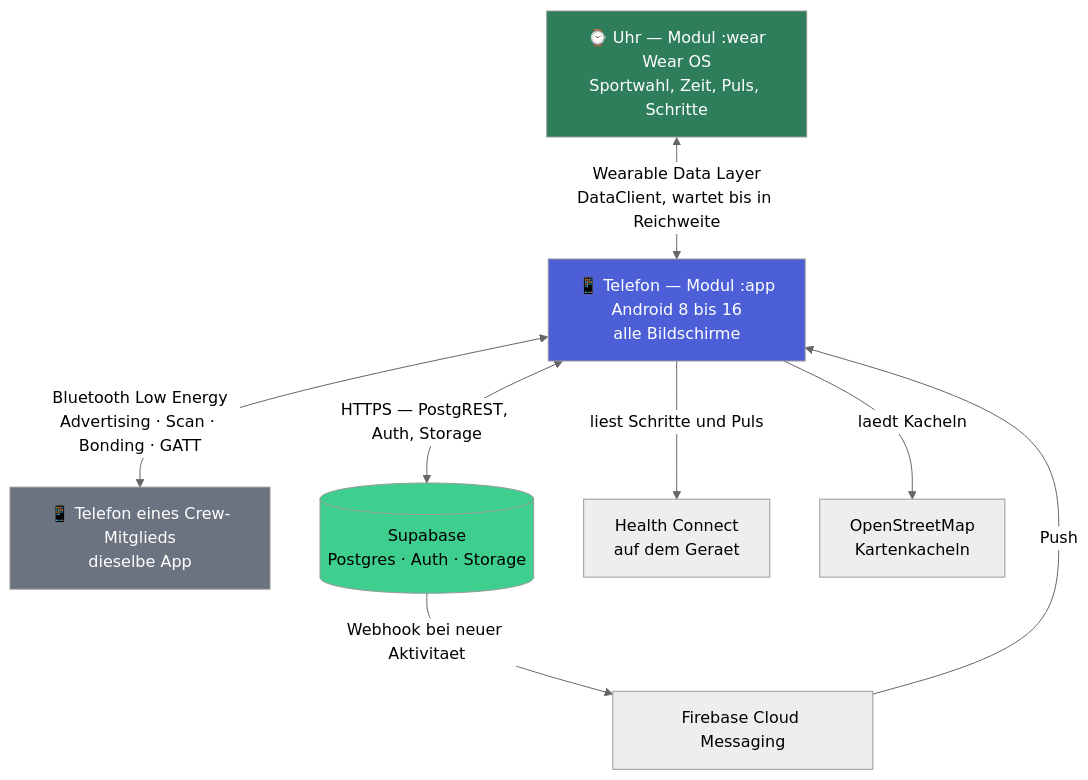
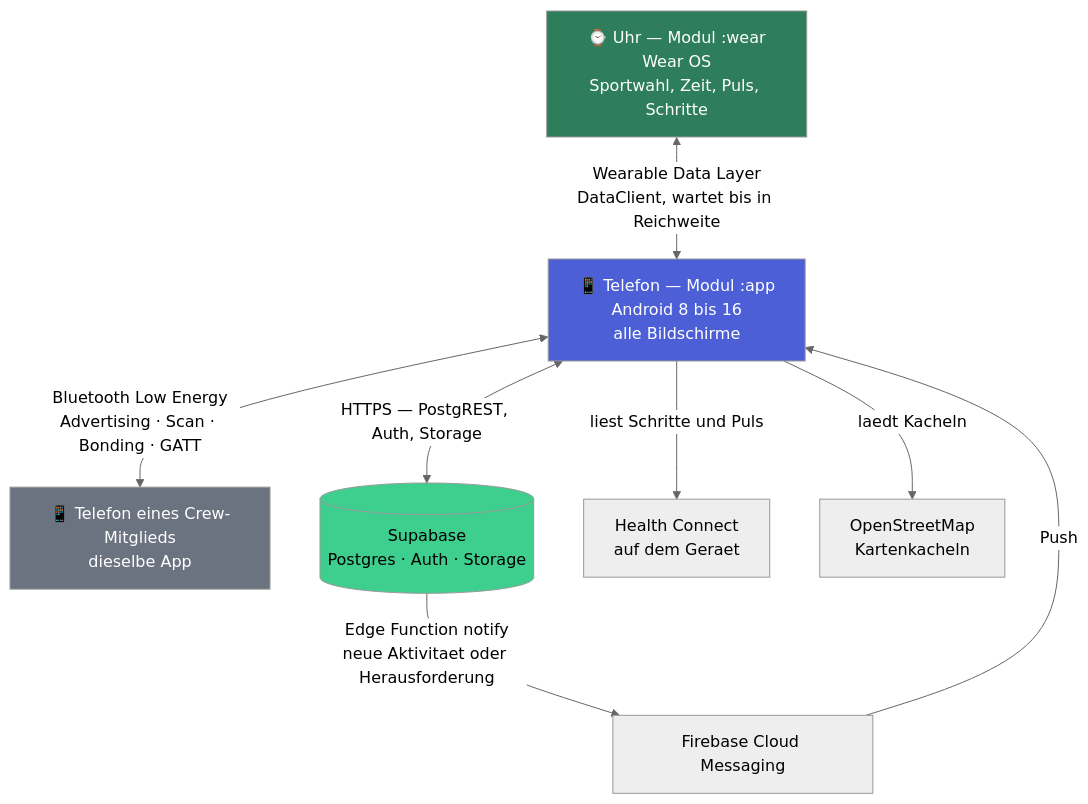
One commit to jr2k01/MobileSE changed the first of 4 diagrams in ARCHITECTURE.md. Above: the diagram before and after it, drawn with Mermaid (neutral theme). The commit also changed other lines of this file and 1 other file, not shown here.

First line of the commit message:
docs: catch the report and the diagrams up with the last seven commits

````diff
--- a/ARCHITECTURE.md
+++ b/ARCHITECTURE.md
@@ -19,24 +19,24 @@
 ```mermaid
 flowchart TB
     watch["⌚ Uhr — Modul :wear<br/>Wear OS<br/>Sportwahl, Zeit, Puls, Schritte"]
     phone["📱 Telefon — Modul :app<br/>Android 8 bis 16<br/>alle Bildschirme"]
     peer["📱 Telefon eines Crew-Mitglieds<br/>dieselbe App"]
 
     supabase[("Supabase<br/>Postgres · Auth · Storage")]
     fcm["Firebase Cloud Messaging"]
     health["Health Connect<br/>auf dem Geraet"]
     osm["OpenStreetMap<br/>Kartenkacheln"]
 
     watch <-->|"Wearable Data Layer<br/>DataClient, wartet bis in Reichweite"| phone
     phone <-->|"Bluetooth Low Energy<br/>Advertising · Scan · Bonding · GATT"| peer
     phone <-->|"HTTPS — PostgREST, Auth, Storage"| supabase
     phone -->|"liest Schritte und Puls"| health
     phone -->|"laedt Kacheln"| osm
-    supabase -->|"Webhook bei neuer Aktivitaet"| fcm
+    supabase -->|"Edge Function notify<br/>neue Aktivitaet oder Herausforderung"| fcm
     fcm -->|"Push"| phone
 
     style phone fill:#4c5fd7,color:#fff
     style watch fill:#2e7d5b,color:#fff
     style peer fill:#6b7280,color:#fff
     style supabase fill:#3ecf8e,color:#000
 ```
````
